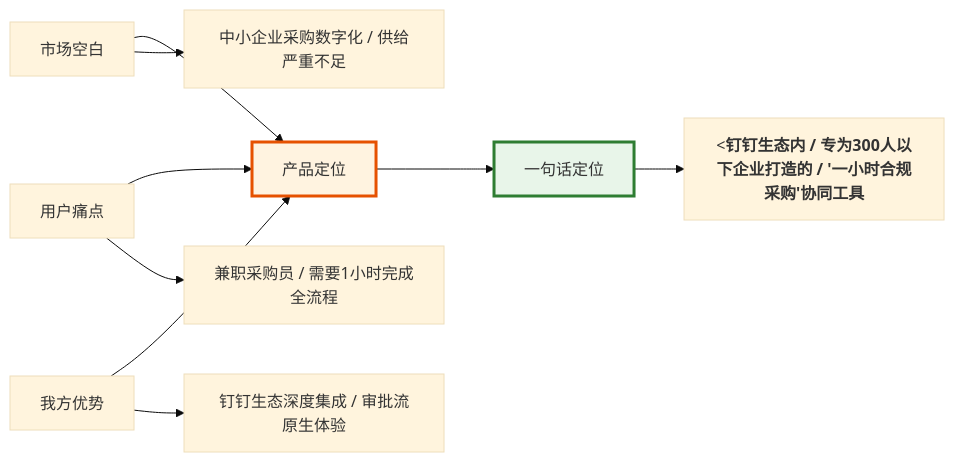
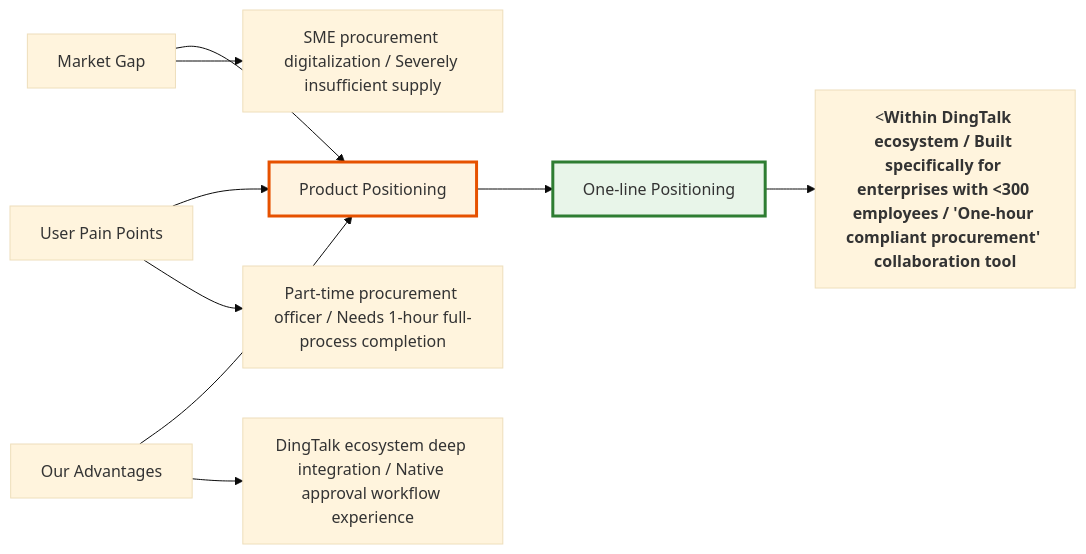
One commit to Kirky-X/cangjie changed the eighth of 18 diagrams in templates/产品/战略层/【模板】市场需求文档.md. Above: the diagram before and after it, drawn with Mermaid (base theme). The commit also changed other lines of this file and 46 other files, not shown here.

````diff
--- a/templates/产品/战略层/【模板】市场需求文档.md
+++ b/templates/产品/战略层/【模板】市场需求文档.md
@@ -387,15 +387,15 @@
 ```mermaid
 graph LR
-    A[市场空白] --> B[产品定位]
-    C[用户痛点] --> B
-    D[我方优势] --> B
-    B --> E[一句话定位]
+    A[Market Gap] --> B[Product Positioning]
+    C[User Pain Points] --> B
+    D[Our Advantages] --> B
+    B --> E[One-line Positioning]
 
-    A --> A1[中小企业采购数字化 / 供给严重不足]
-    C --> C1[兼职采购员 / 需要1小时完成全流程]
-    D --> D1[钉钉生态深度集成 / 审批流原生体验]
-    E --> E1["<<b>钉钉生态内 / 专为300人以下企业打造的 / '一小时合规采购'协同工具</b>"]
+    A --> A1[SME procurement digitalization / Severely insufficient supply]
+    C --> C1[Part-time procurement officer / Needs 1-hour full-process completion]
+    D --> D1[DingTalk ecosystem deep integration / Native approval workflow experience]
+    E --> E1["<<b>Within DingTalk ecosystem / Built specifically for enterprises with <300 employees / 'One-hour compliant procurement' collaboration tool</b>"]
 
     style B fill:#fff3e0,stroke:#e65100,stroke-width:3px
     style E fill:#e8f5e9,stroke:#2e7d32,stroke-width:3px
 ```
````
